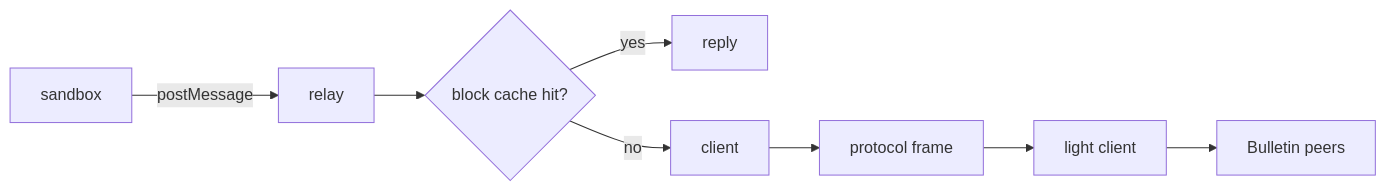
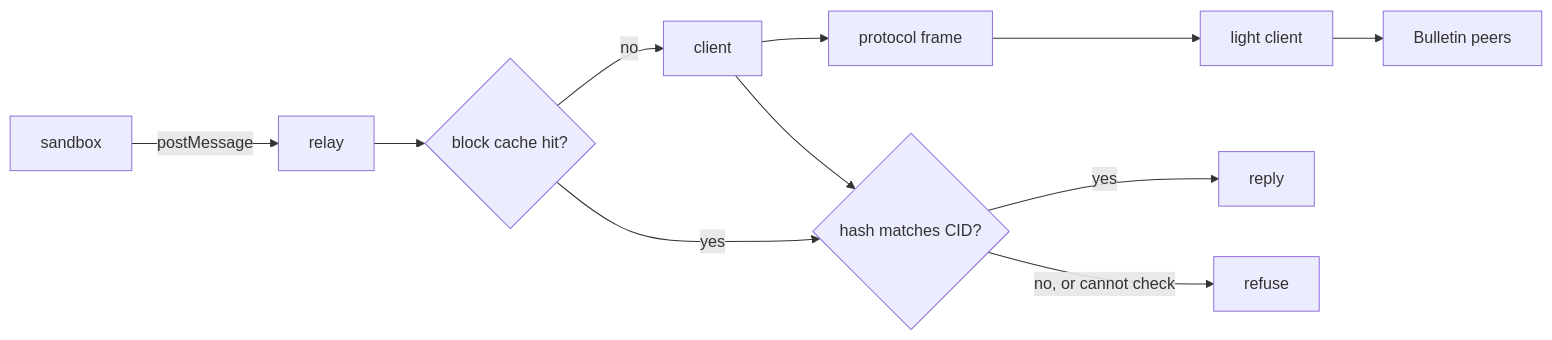
One commit to paritytech/dotli-community changed the diagram in packages/bitswap/README.md. Above: the diagram before and after it, drawn with Mermaid. The commit also changed other lines of this file and 1 other file, not shown here.

Commit message:
docs(bitswap,content): the diagrams show the relay as the one per-block check on the Bitswap path

````diff
--- a/packages/bitswap/README.md
+++ b/packages/bitswap/README.md
@@ -16,6 +16,9 @@
 ```mermaid
 flowchart LR
   sandbox -- postMessage --> relay --> cache{"block cache hit?"}
-  cache -- yes --> reply
+  cache -- yes --> verify{"hash matches CID?"}
   cache -- no --> client --> frame[protocol frame] --> lc[light client] --> peers[Bulletin peers]
+  client --> verify
+  verify -- yes --> reply
+  verify -- "no, or cannot check" --> refuse[refuse]
 ```
````
